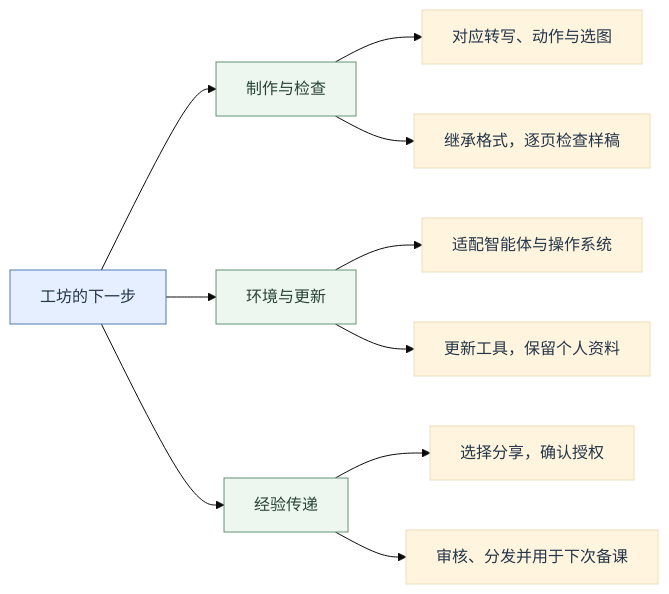
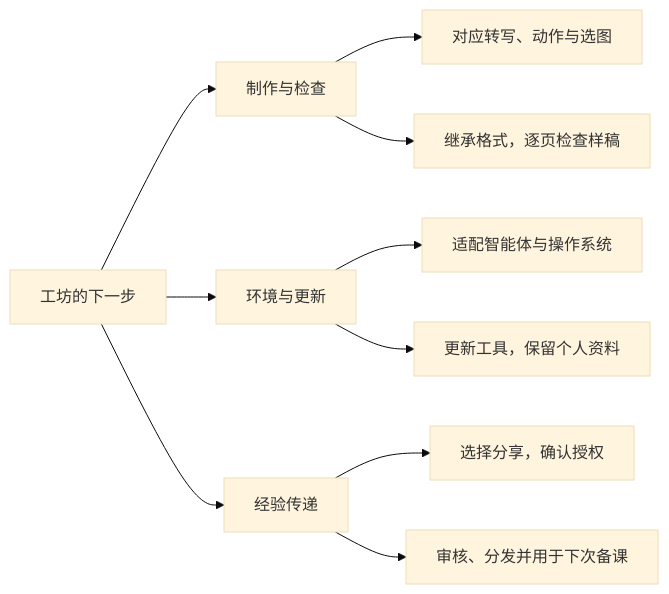
Before and after one commit to LuckytoeUSTC/sign-song-agent: the diagram in 开发参与与改进路线.md, drawn with Mermaid (base theme).

Commit message:
docs: use theme-aware default colors for roadmap diagram

````diff
--- a/开发参与与改进路线.md
+++ b/开发参与与改进路线.md
@@ -26,16 +26,12 @@
 ```mermaid
 flowchart LR
     A[工坊的下一步] --> B[制作与检查]
     A --> C[环境与更新]
     A --> D[经验传递]
     B --> B1[对应转写、动作与选图]
     B --> B2[继承格式，逐页检查样稿]
     C --> C1[适配智能体与操作系统]
     C --> C2[更新工具，保留个人资料]
     D --> D1[选择分享，确认授权]
     D --> D2[审核、分发并用于下次备课]
-    classDef root fill:#e5efff,stroke:#507bb5,color:#24364b
-    classDef branch fill:#edf6ef,stroke:#679276,color:#294534
-    class A root
-    class B,C,D branch
 ```
````
